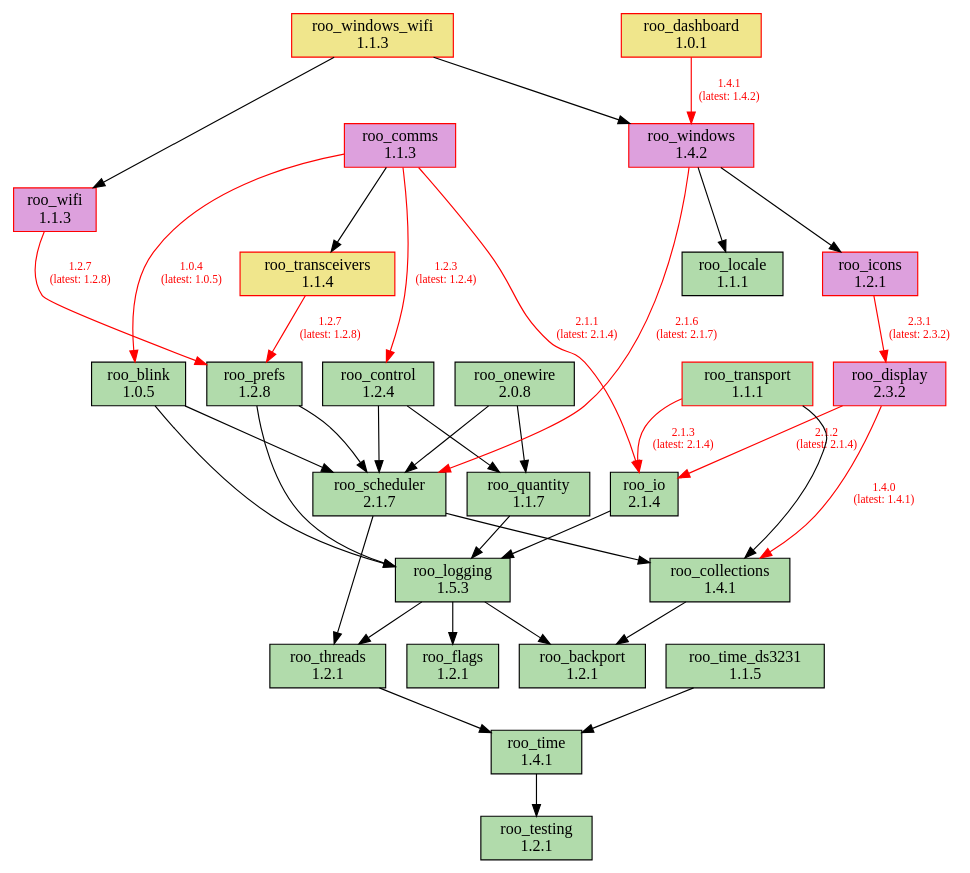
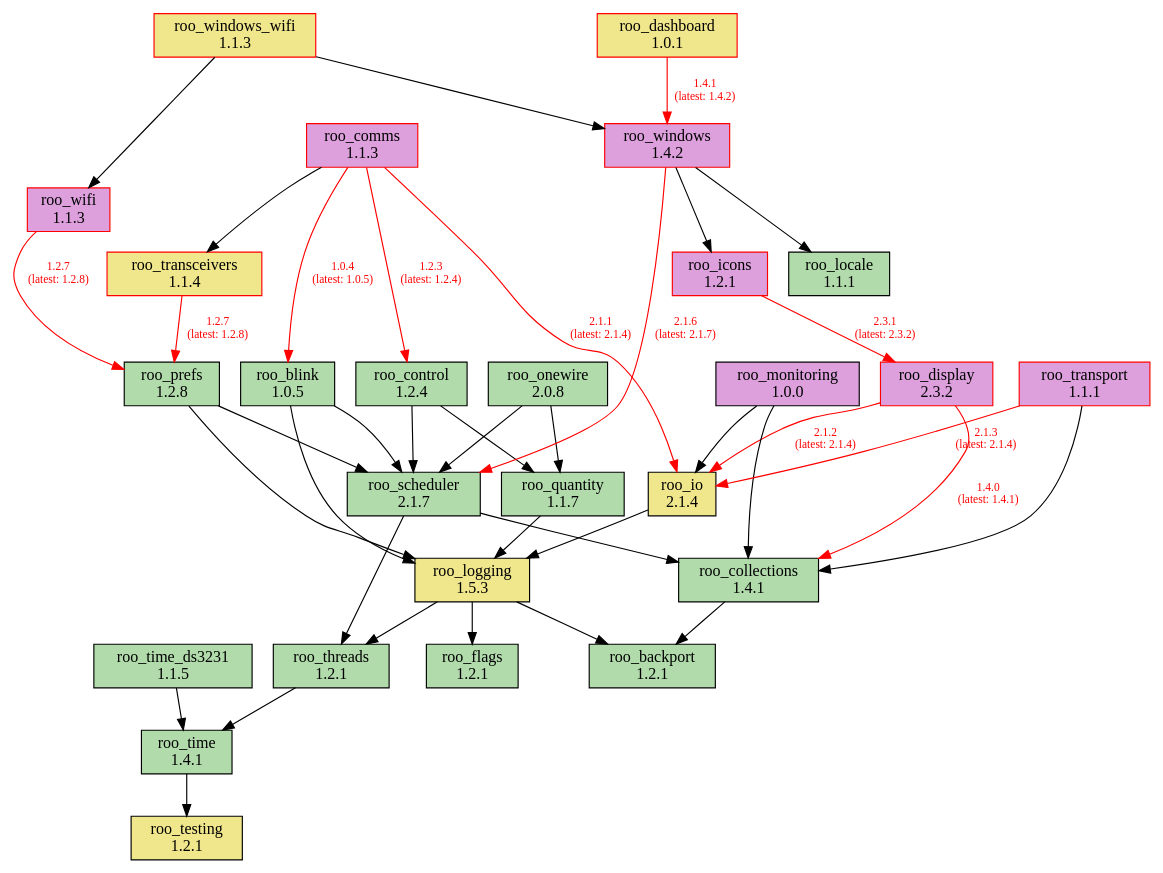
Before and after one commit to dejwk/roo-registry: the diagram in doc/dependencies.dot, drawn with Graphviz. The commit also changed 3 other files, not shown here.

Commit message:
Added roo_monitoring 1.0.0 to the registry.

```diff
--- a/doc/dependencies.dot
+++ b/doc/dependencies.dot
@@ -1,70 +1,73 @@
 digraph dependencies {
     rankdir=TB;
     node [shape=box, style=filled];
     edge [fontsize=10];
 
     // Modules
     "roo_backport" [label="roo_backport\n1.2.1", fillcolor="#b1dbab", color="black"];
     "roo_blink" [label="roo_blink\n1.0.5", fillcolor="#b1dbab", color="black"];
     "roo_collections" [label="roo_collections\n1.4.1", fillcolor="#b1dbab", color="black"];
     "roo_comms" [label="roo_comms\n1.1.3", fillcolor="plum", color="red"];
     "roo_control" [label="roo_control\n1.2.4", fillcolor="#b1dbab", color="black"];
     "roo_dashboard" [label="roo_dashboard\n1.0.1", fillcolor="khaki", color="red"];
     "roo_display" [label="roo_display\n2.3.2", fillcolor="plum", color="red"];
     "roo_flags" [label="roo_flags\n1.2.1", fillcolor="#b1dbab", color="black"];
     "roo_icons" [label="roo_icons\n1.2.1", fillcolor="plum", color="red"];
-    "roo_io" [label="roo_io\n2.1.4", fillcolor="#b1dbab", color="black"];
+    "roo_io" [label="roo_io\n2.1.4", fillcolor="khaki", color="black"];
     "roo_locale" [label="roo_locale\n1.1.1", fillcolor="#b1dbab", color="black"];
-    "roo_logging" [label="roo_logging\n1.5.3", fillcolor="#b1dbab", color="black"];
+    "roo_logging" [label="roo_logging\n1.5.3", fillcolor="khaki", color="black"];
+    "roo_monitoring" [label="roo_monitoring\n1.0.0", fillcolor="plum", color="black"];
     "roo_onewire" [label="roo_onewire\n2.0.8", fillcolor="#b1dbab", color="black"];
     "roo_prefs" [label="roo_prefs\n1.2.8", fillcolor="#b1dbab", color="black"];
     "roo_quantity" [label="roo_quantity\n1.1.7", fillcolor="#b1dbab", color="black"];
     "roo_scheduler" [label="roo_scheduler\n2.1.7", fillcolor="#b1dbab", color="black"];
-    "roo_testing" [label="roo_testing\n1.2.1", fillcolor="#b1dbab", color="black"];
+    "roo_testing" [label="roo_testing\n1.2.1", fillcolor="khaki", color="black"];
     "roo_threads" [label="roo_threads\n1.2.1", fillcolor="#b1dbab", color="black"];
     "roo_time" [label="roo_time\n1.4.1", fillcolor="#b1dbab", color="black"];
     "roo_time_ds3231" [label="roo_time_ds3231\n1.1.5", fillcolor="#b1dbab", color="black"];
     "roo_transceivers" [label="roo_transceivers\n1.1.4", fillcolor="khaki", color="red"];
-    "roo_transport" [label="roo_transport\n1.1.1", fillcolor="#b1dbab", color="red"];
+    "roo_transport" [label="roo_transport\n1.1.1", fillcolor="plum", color="red"];
     "roo_wifi" [label="roo_wifi\n1.1.3", fillcolor="plum", color="red"];
     "roo_windows" [label="roo_windows\n1.4.2", fillcolor="plum", color="red"];
     "roo_windows_wifi" [label="roo_windows_wifi\n1.1.3", fillcolor="khaki", color="red"];
 
     // Dependencies
     "roo_blink" -> "roo_logging";
     "roo_blink" -> "roo_scheduler";
     "roo_collections" -> "roo_backport";
     "roo_comms" -> "roo_blink" [color=red, fontcolor=red, label="1.0.4\n(latest: 1.0.5)"];
     "roo_comms" -> "roo_control" [color=red, fontcolor=red, label="1.2.3\n(latest: 1.2.4)"];
     "roo_comms" -> "roo_io" [color=red, fontcolor=red, label="2.1.1\n(latest: 2.1.4)"];
     "roo_comms" -> "roo_transceivers";
     "roo_control" -> "roo_quantity";
     "roo_control" -> "roo_scheduler";
     "roo_dashboard" -> "roo_windows" [color=red, fontcolor=red, label="1.4.1\n(latest: 1.4.2)"];
     "roo_display" -> "roo_collections" [color=red, fontcolor=red, label="1.4.0\n(latest: 1.4.1)"];
     "roo_display" -> "roo_io" [color=red, fontcolor=red, label="2.1.2\n(latest: 2.1.4)"];
     "roo_icons" -> "roo_display" [color=red, fontcolor=red, label="2.3.1\n(latest: 2.3.2)"];
     "roo_io" -> "roo_logging";
     "roo_logging" -> "roo_backport";
     "roo_logging" -> "roo_flags";
     "roo_logging" -> "roo_threads";
+    "roo_monitoring" -> "roo_collections";
+    "roo_monitoring" -> "roo_io";
     "roo_onewire" -> "roo_scheduler";
     "roo_onewire" -> "roo_quantity";
     "roo_prefs" -> "roo_logging";
     "roo_prefs" -> "roo_scheduler";
     "roo_quantity" -> "roo_logging";
     "roo_scheduler" -> "roo_collections";
     "roo_scheduler" -> "roo_threads";
     "roo_threads" -> "roo_time";
     "roo_time" -> "roo_testing";
     "roo_time_ds3231" -> "roo_time";
     "roo_transceivers" -> "roo_prefs" [color=red, fontcolor=red, label="1.2.7\n(latest: 1.2.8)"];
     "roo_transport" -> "roo_collections";
     "roo_transport" -> "roo_io" [color=red, fontcolor=red, label="2.1.3\n(latest: 2.1.4)"];
     "roo_wifi" -> "roo_prefs" [color=red, fontcolor=red, label="1.2.7\n(latest: 1.2.8)"];
     "roo_windows" -> "roo_locale";
     "roo_windows" -> "roo_icons";
     "roo_windows" -> "roo_scheduler" [color=red, fontcolor=red, label="2.1.6\n(latest: 2.1.7)"];
     "roo_windows_wifi" -> "roo_wifi";
     "roo_windows_wifi" -> "roo_windows";
 }
```
